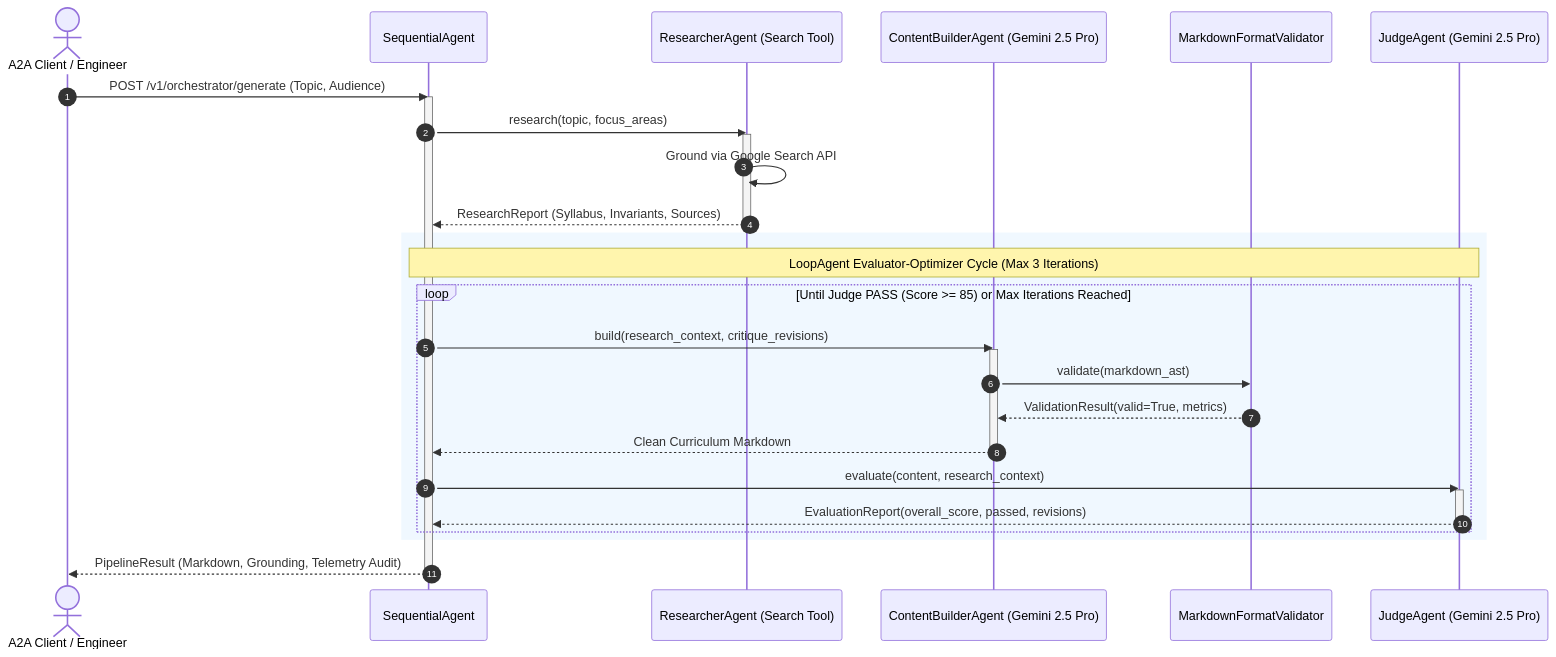
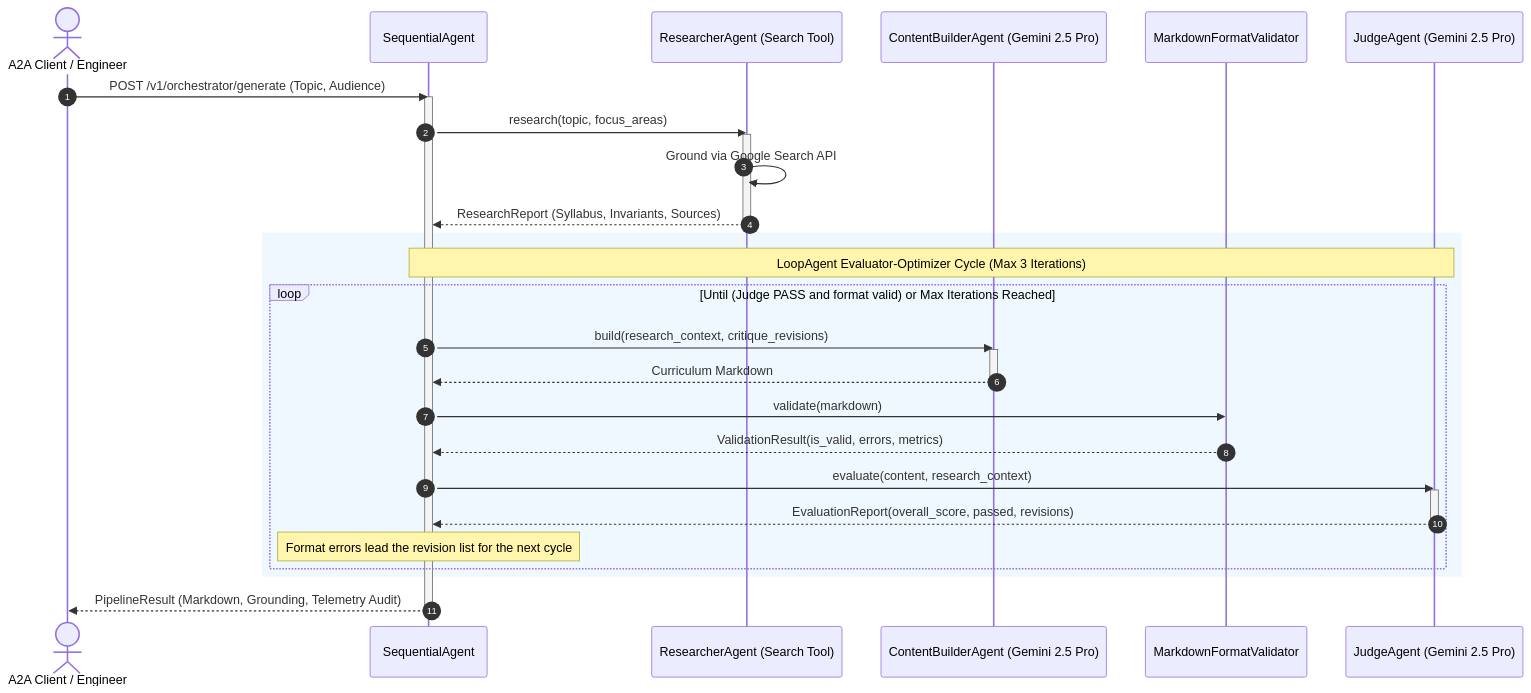
The diagram in README.md (Aamirbadar07/distributed-multiagent-course-engine), drawn with Mermaid before and after one commit. The commit also changed other lines of this file, not shown here.

````diff
--- a/README.md
+++ b/README.md
@@ -68,37 +68,38 @@
 ```mermaid
 sequenceDiagram
     autonumber
     actor Client as A2A Client / Engineer
     participant Orch as SequentialAgent
     participant Res as ResearcherAgent (Search Tool)
     participant Bld as ContentBuilderAgent (Gemini 2.5 Pro)
     participant Fmt as MarkdownFormatValidator
     participant Jdg as JudgeAgent (Gemini 2.5 Pro)
 
     Client->>Orch: POST /v1/orchestrator/generate (Topic, Audience)
     activate Orch
     Orch->>Res: research(topic, focus_areas)
     activate Res
     Res->>Res: Ground via Google Search API
     Res-->>Orch: ResearchReport (Syllabus, Invariants, Sources)
     deactivate Res
 
     rect rgb(240, 248, 255)
         Note over Orch,Jdg: LoopAgent Evaluator-Optimizer Cycle (Max 3 Iterations)
-        loop Until Judge PASS (Score >= 85) or Max Iterations Reached
+        loop Until (Judge PASS and format valid) or Max Iterations Reached
             Orch->>Bld: build(research_context, critique_revisions)
             activate Bld
-            Bld->>Fmt: validate(markdown_ast)
-            Fmt-->>Bld: ValidationResult(valid=True, metrics)
-            Bld-->>Orch: Clean Curriculum Markdown
+            Bld-->>Orch: Curriculum Markdown
             deactivate Bld
+            Orch->>Fmt: validate(markdown)
+            Fmt-->>Orch: ValidationResult(is_valid, errors, metrics)
             Orch->>Jdg: evaluate(content, research_context)
             activate Jdg
             Jdg-->>Orch: EvaluationReport(overall_score, passed, revisions)
             deactivate Jdg
+            Note over Orch: Format errors lead the revision list for the next cycle
         end
     end
 
     Orch-->>Client: PipelineResult (Markdown, Grounding, Telemetry Audit)
     deactivate Orch
 ```
````
